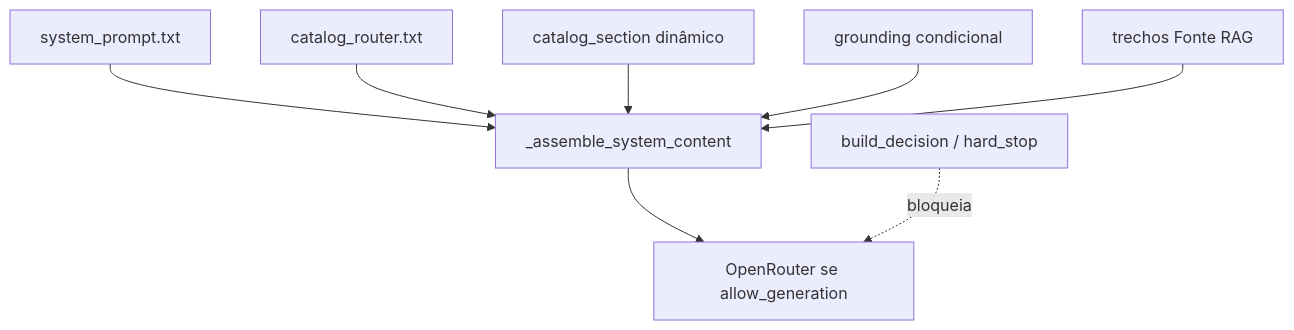
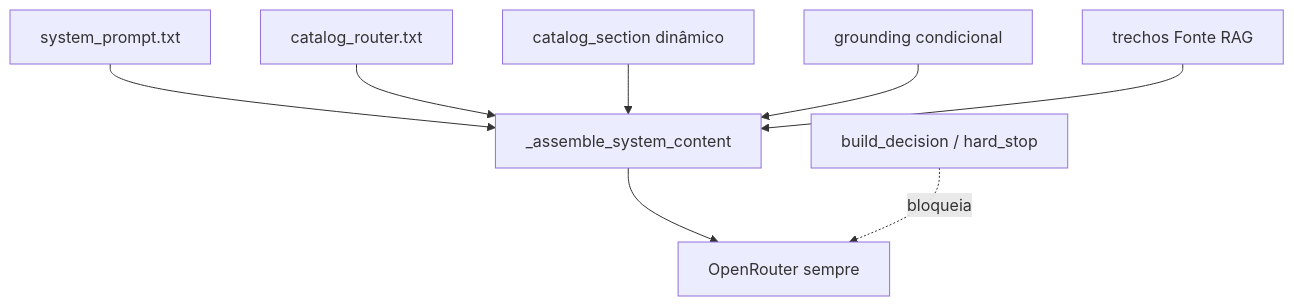
The diagram in docs/wiki/17-prompts-referencia.md (GaabDevWeb/KernelBot), drawn with Mermaid before and after one commit. The commit also changed other lines of this file and 10 other files, not shown here.

````diff
--- a/docs/wiki/17-prompts-referencia.md
+++ b/docs/wiki/17-prompts-referencia.md
@@ -27,15 +27,15 @@
 ```mermaid
 flowchart TD
   SP[system_prompt.txt]
   CR[catalog_router.txt]
   CS[catalog_section dinâmico]
   GS[grounding condicional]
   RAG[trechos Fonte RAG]
   SP --> ASM[_assemble_system_content]
   CR --> ASM
   CS --> ASM
   GS --> ASM
   RAG --> ASM
-  ASM --> LLM[OpenRouter se allow_generation]
+  ASM --> LLM[OpenRouter sempre]
   GATES[build_decision / hard_stop] -.->|bloqueia| LLM
 ```
````
